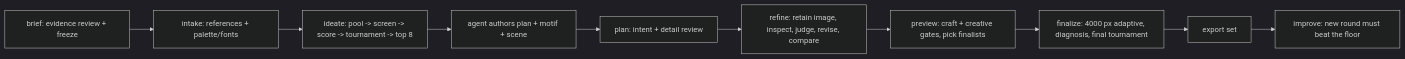
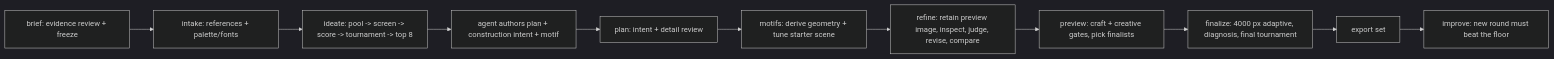
Before and after one commit to nicolas-found42/logo-maker: the diagram in docs/architecture.md, drawn with Mermaid (dark theme). The commit also changed other lines of this file and 22 other files, not shown here.

````diff
--- a/docs/architecture.md
+++ b/docs/architecture.md
@@ -23,12 +35,13 @@
 ```mermaid
 flowchart LR
   brief[brief: evidence review + freeze] --> intake[intake: references + palette/fonts]
   intake --> ideate[ideate: pool -> screen -> score -> tournament -> top 8]
-  ideate --> author[agent authors plan + motif + scene]
+  ideate --> author[agent authors plan + construction intent + motif]
   author --> plan[plan: intent + detail review]
-  plan --> refine[refine: retain image, inspect, judge, revise, compare]
+  plan --> motifs[motifs: derive geometry + tune starter scene]
+  motifs --> refine[refine: retain preview image, inspect, judge, revise, compare]
   refine --> preview[preview: craft + creative gates, pick finalists]
   preview --> finalize[finalize: 4000 px adaptive, diagnosis, final tournament]
   finalize --> export[export set]
   export --> improve[improve: new round must beat the floor]
 ```
````
